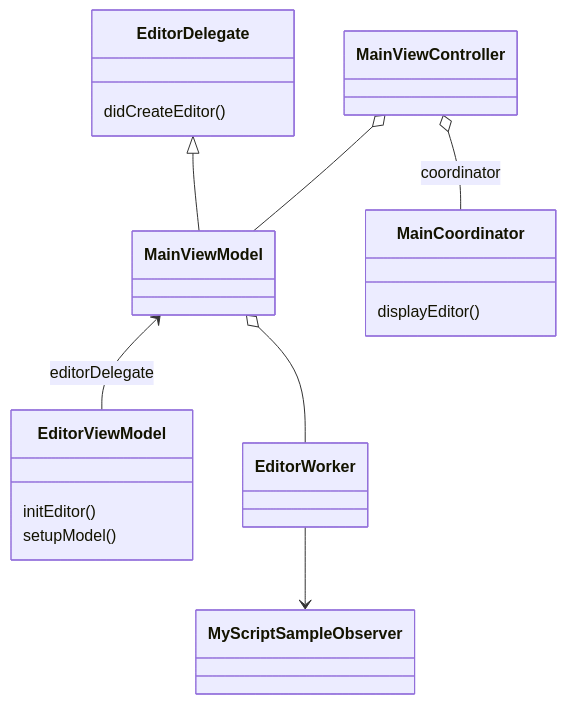
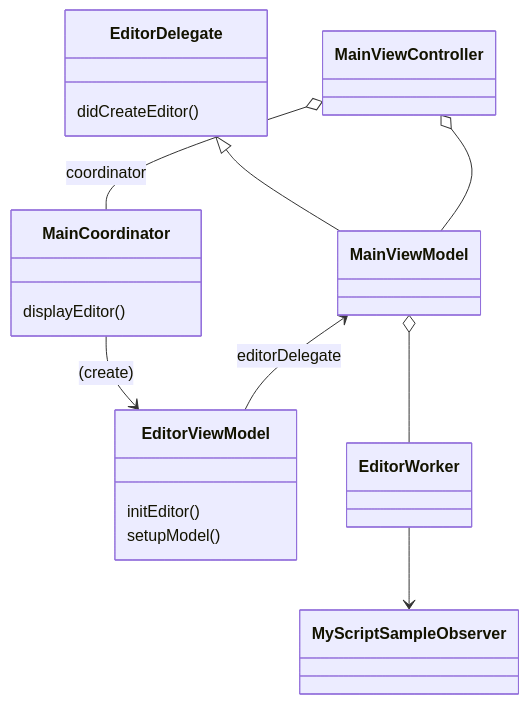
One commit to ingun37/markdown-math changed the diagram in README.md. Above: the diagram before and after it, drawn with Mermaid.

````diff
--- a/README.md
+++ b/README.md
@@ -95,13 +95,14 @@
 ```mermaid
 classDiagram
 MainViewController o-- MainViewModel
 MainViewController o-- MainCoordinator : coordinator
 MainCoordinator : displayEditor()
 MainViewModel <-- EditorViewModel : editorDelegate
 EditorViewModel : initEditor()
 EditorViewModel : setupModel()
 EditorDelegate <|-- MainViewModel
 EditorDelegate : didCreateEditor()
 EditorWorker --> MyScriptSampleObserver
 MainViewModel o-- EditorWorker
+MainCoordinator --> EditorViewModel : (create)
 ```
````
